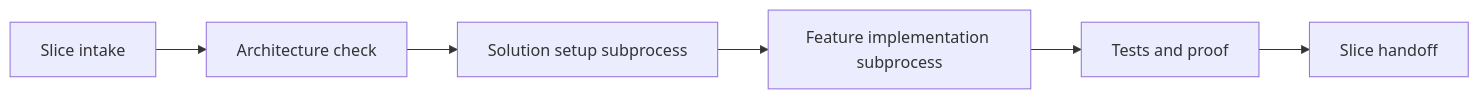
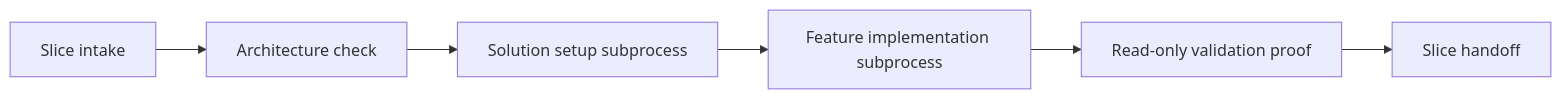
The diagram in Templates/Processes/processes/dotnet-development-slice/mermaid/flowchart.mmd (fyziktom/CanDoItAll), drawn with Mermaid before and after one commit. The commit also changed 94 other files, not shown here.

```diff
--- a/Templates/Processes/processes/dotnet-development-slice/mermaid/flowchart.mmd
+++ b/Templates/Processes/processes/dotnet-development-slice/mermaid/flowchart.mmd
@@ -1,6 +1,6 @@
 flowchart LR
     A[Slice intake] --> B[Architecture check]
     B --> C[Solution setup subprocess]
     C --> D[Feature implementation subprocess]
-    D --> E[Tests and proof]
+    D --> E[Read-only validation proof]
     E --> F[Slice handoff]
```
